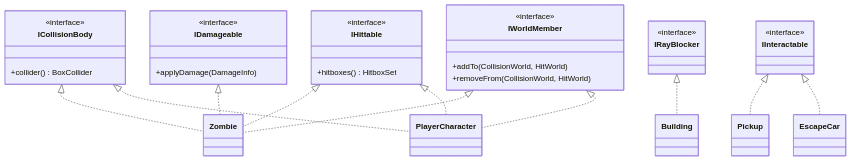
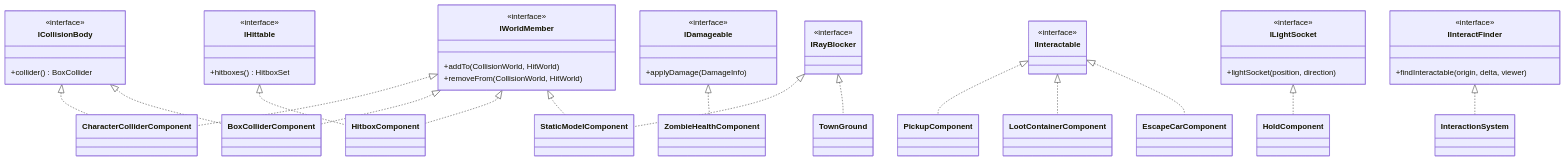
The third of 7 diagrams in SummaryPlan/技術まとめ_ポートフォリオ.md (madoromi05/LastDrop), drawn with Mermaid before and after one commit. The commit also changed other lines of this file and 88 other files, not shown here.

````diff
--- a/SummaryPlan/技術まとめ_ポートフォリオ.md
+++ b/SummaryPlan/技術まとめ_ポートフォリオ.md
@@ -156,36 +203,49 @@
 ```mermaid
 classDiagram
     class ICollisionBody {
         <<interface>>
         +collider() BoxCollider
     }
     class IHittable {
         <<interface>>
         +hitboxes() HitboxSet
     }
     class IDamageable {
         <<interface>>
         +applyDamage(DamageInfo)
     }
     class IWorldMember {
         <<interface>>
         +addTo(CollisionWorld, HitWorld)
         +removeFrom(CollisionWorld, HitWorld)
     }
     class IRayBlocker {
         <<interface>>
     }
     class IInteractable {
         <<interface>>
     }
-    ICollisionBody <|.. Zombie
-    IHittable <|.. Zombie
-    IDamageable <|.. Zombie
-    IWorldMember <|.. Zombie
-    ICollisionBody <|.. PlayerCharacter
-    IHittable <|.. PlayerCharacter
-    IWorldMember <|.. PlayerCharacter
-    IRayBlocker <|.. Building
-    IInteractable <|.. Pickup
-    IInteractable <|.. EscapeCar
+    class ILightSocket {
+        <<interface>>
+        +lightSocket(position, direction)
+    }
+    class IInteractFinder {
+        <<interface>>
+        +findInteractable(origin, delta, viewer)
+    }
+    ICollisionBody <|.. CharacterColliderComponent
+    ICollisionBody <|.. BoxColliderComponent
+    IWorldMember <|.. CharacterColliderComponent
+    IWorldMember <|.. BoxColliderComponent
+    IHittable <|.. HitboxComponent
+    IWorldMember <|.. HitboxComponent
+    IRayBlocker <|.. StaticModelComponent
+    IWorldMember <|.. StaticModelComponent
+    IRayBlocker <|.. TownGround
+    IDamageable <|.. ZombieHealthComponent
+    IInteractable <|.. PickupComponent
+    IInteractable <|.. LootContainerComponent
+    IInteractable <|.. EscapeCarComponent
+    ILightSocket <|.. HoldComponent
+    IInteractFinder <|.. InteractionSystem
 ```
````
